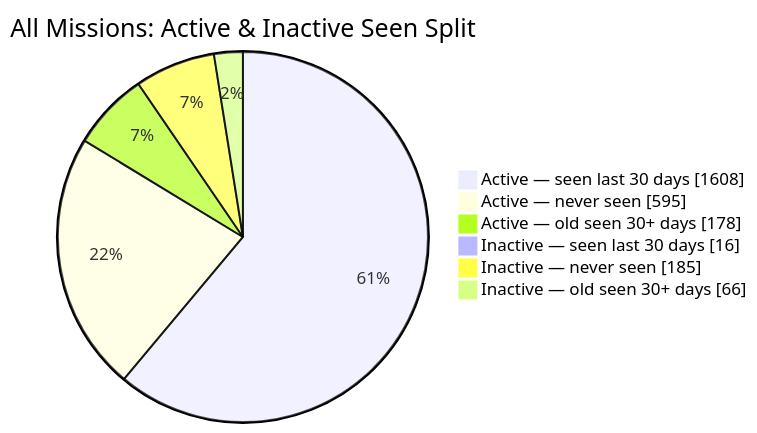
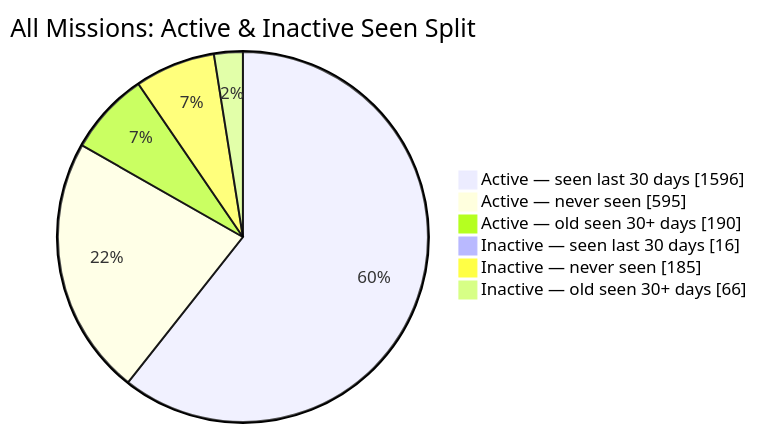
The second of 2 diagrams in README.md (MeldkamerspelGameTeam/active-missions), drawn with Mermaid before and after one commit. The commit also changed other lines of this file and 3 other files, not shown here.

````diff
--- a/README.md
+++ b/README.md
@@ -44,10 +44,10 @@
 ```mermaid
 pie showData
     title All Missions: Active & Inactive Seen Split
-    "Active — seen last 30 days" : 1608
+    "Active — seen last 30 days" : 1596
     "Active — never seen" : 595
-    "Active — old seen 30+ days" : 178
+    "Active — old seen 30+ days" : 190
     "Inactive — seen last 30 days" : 16
     "Inactive — never seen" : 185
     "Inactive — old seen 30+ days" : 66
 ```
````
